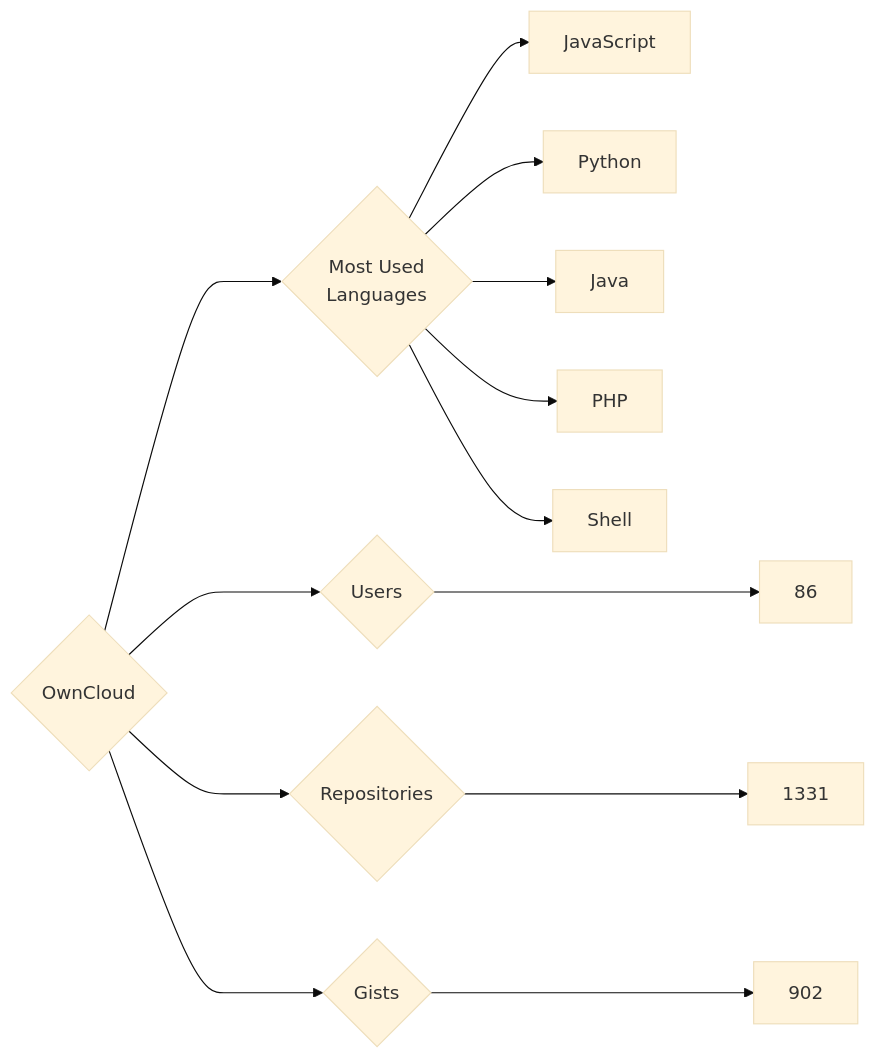
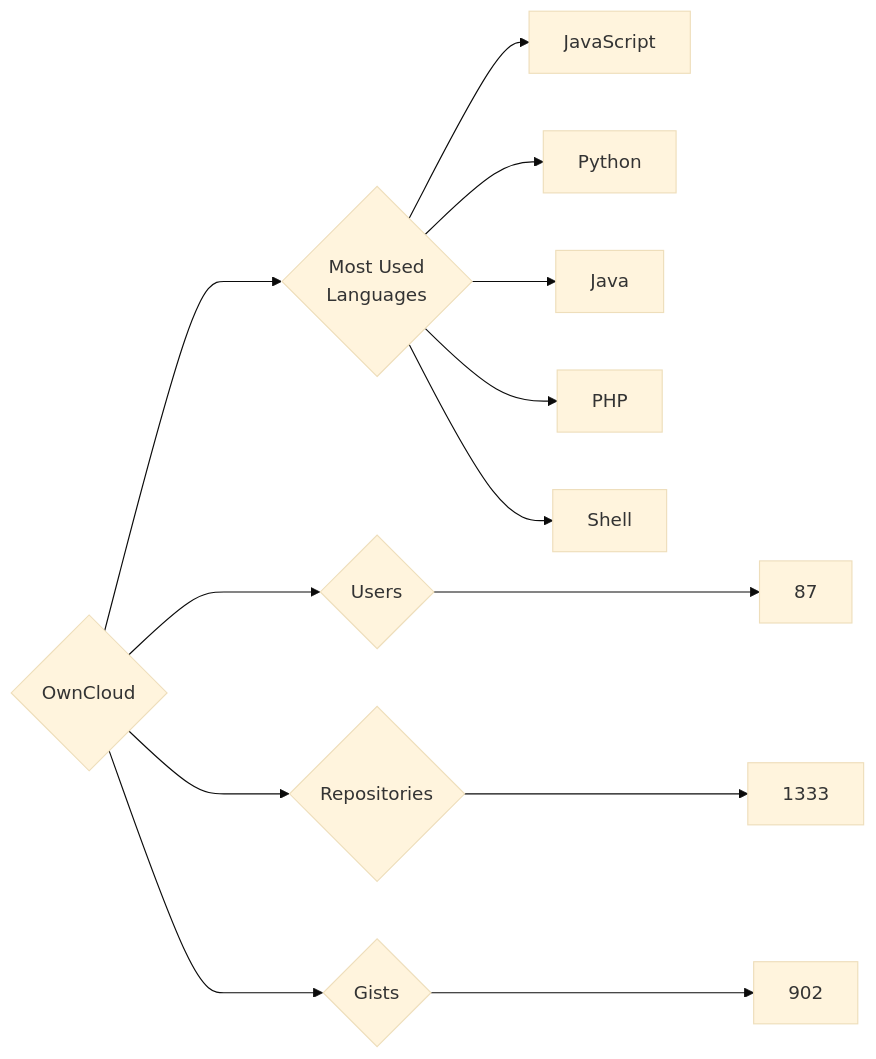
The diagram in targets/OwnCloud/README.md (trickest/insiders), drawn with Mermaid (base theme) before and after one commit. The commit also changed 928 other files, not shown here.

````diff
--- a/targets/OwnCloud/README.md
+++ b/targets/OwnCloud/README.md
@@ -3,13 +3,13 @@
 ```mermaid
 graph LR
 COMPANY_NAME{OwnCloud}
-COMPANY_NAME ---> U{Users} ---> UN[86]
-COMPANY_NAME ---> R{Repositories} ---> RN[1331]
+COMPANY_NAME ---> U{Users} ---> UN[87]
+COMPANY_NAME ---> R{Repositories} ---> RN[1333]
 COMPANY_NAME ---> G{Gists} ---> GN[902]
 COMPANY_NAME ---> ML{Most Used<br>Languages}
 ML --> JavaScript[JavaScript]
 ML --> Python[Python]
 ML --> Java[Java]
 ML --> PHP[PHP]
 ML --> Shell[Shell]
 ```
````
